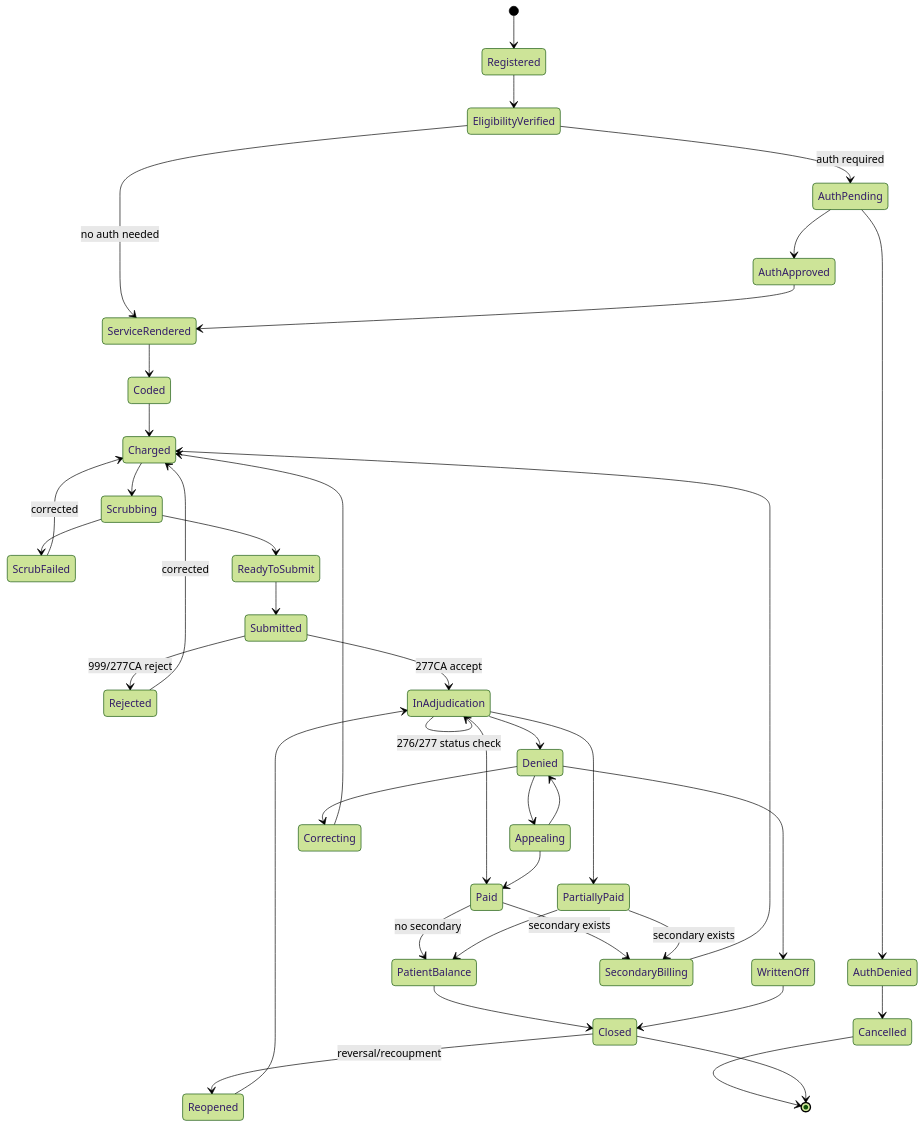
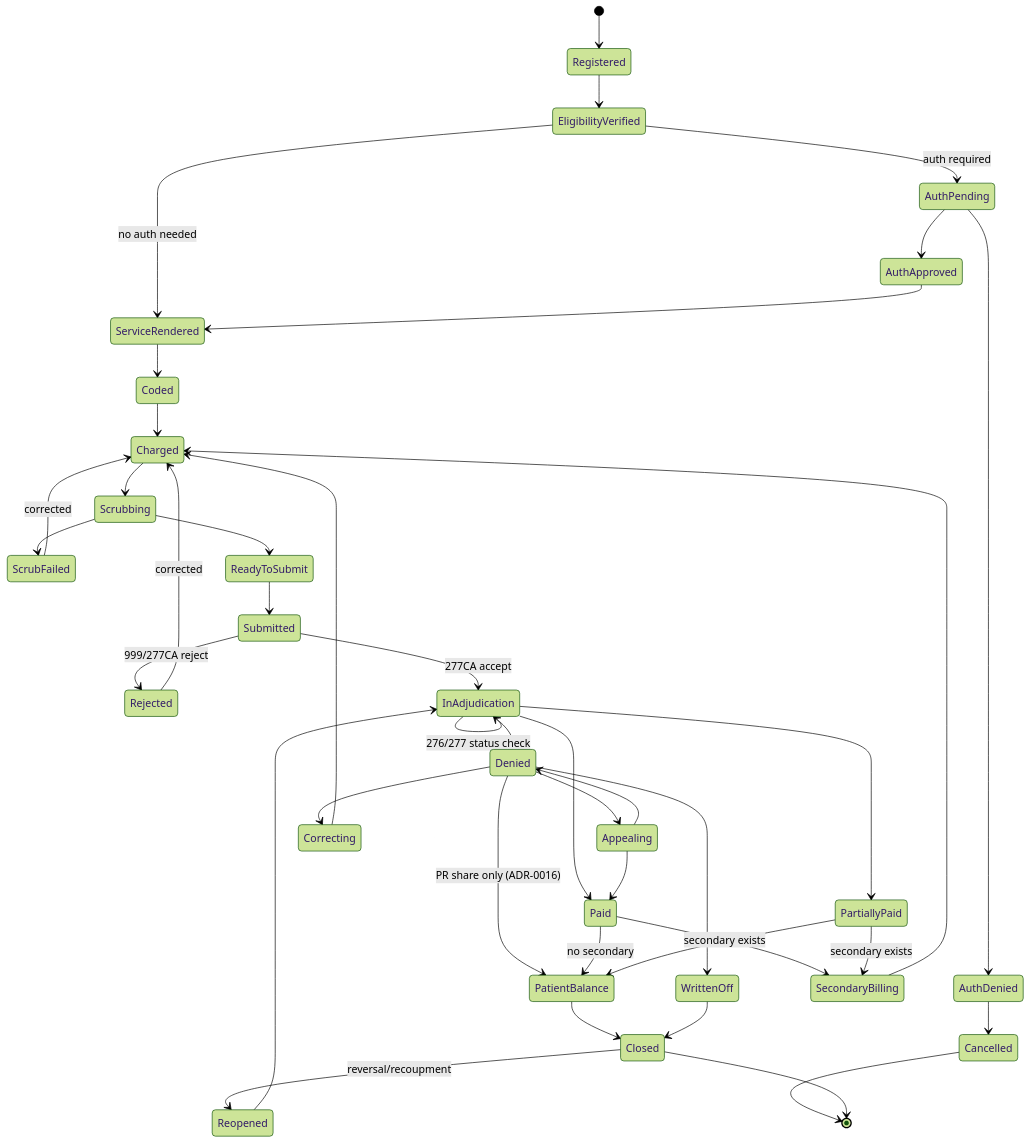
Diagram 24 of 28 in docs/02_Domain_and_Functional.md (mannas632006/rcm-platform), drawn with Mermaid (forest theme) before and after one commit. The commit also changed 9 other files, not shown here.

First line of the commit message:
feat(denials): bill a denial's patient share to the patient (M5.7, ADR-0016)

````diff
--- a/docs/02_Domain_and_Functional.md
+++ b/docs/02_Domain_and_Functional.md
@@ -1285,42 +1285,43 @@
 ```mermaid
 stateDiagram-v2
     [*] --> Registered
     Registered --> EligibilityVerified
     EligibilityVerified --> AuthPending: auth required
     EligibilityVerified --> ServiceRendered: no auth needed
     AuthPending --> AuthApproved
     AuthPending --> AuthDenied
     AuthApproved --> ServiceRendered
     AuthDenied --> Cancelled
     ServiceRendered --> Coded
     Coded --> Charged
     Charged --> Scrubbing
     Scrubbing --> ScrubFailed
     ScrubFailed --> Charged: corrected
     Scrubbing --> ReadyToSubmit
     ReadyToSubmit --> Submitted
     Submitted --> Rejected: 999/277CA reject
     Rejected --> Charged: corrected
     Submitted --> InAdjudication: 277CA accept
     InAdjudication --> Paid
     InAdjudication --> PartiallyPaid
     InAdjudication --> Denied
     InAdjudication --> InAdjudication: 276/277 status check
     Denied --> Appealing
     Denied --> Correcting
     Denied --> WrittenOff
+    Denied --> PatientBalance: PR share only (ADR-0016)
     Correcting --> Charged
     Appealing --> Paid
     Appealing --> Denied
     Paid --> SecondaryBilling: secondary exists
     PartiallyPaid --> SecondaryBilling: secondary exists
     SecondaryBilling --> Charged
     Paid --> PatientBalance: no secondary
     PartiallyPaid --> PatientBalance
     PatientBalance --> Closed
     WrittenOff --> Closed
     Cancelled --> [*]
     Closed --> Reopened: reversal/recoupment
     Reopened --> InAdjudication
     Closed --> [*]
 ```
````
